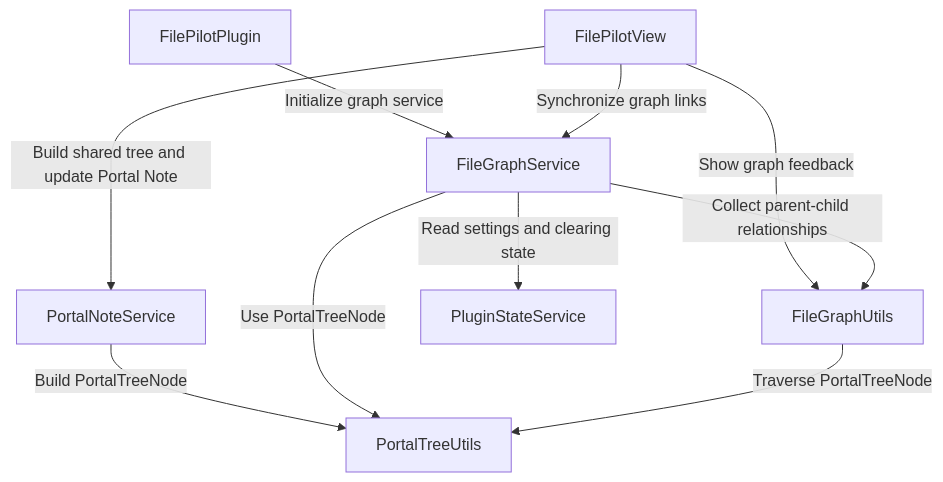
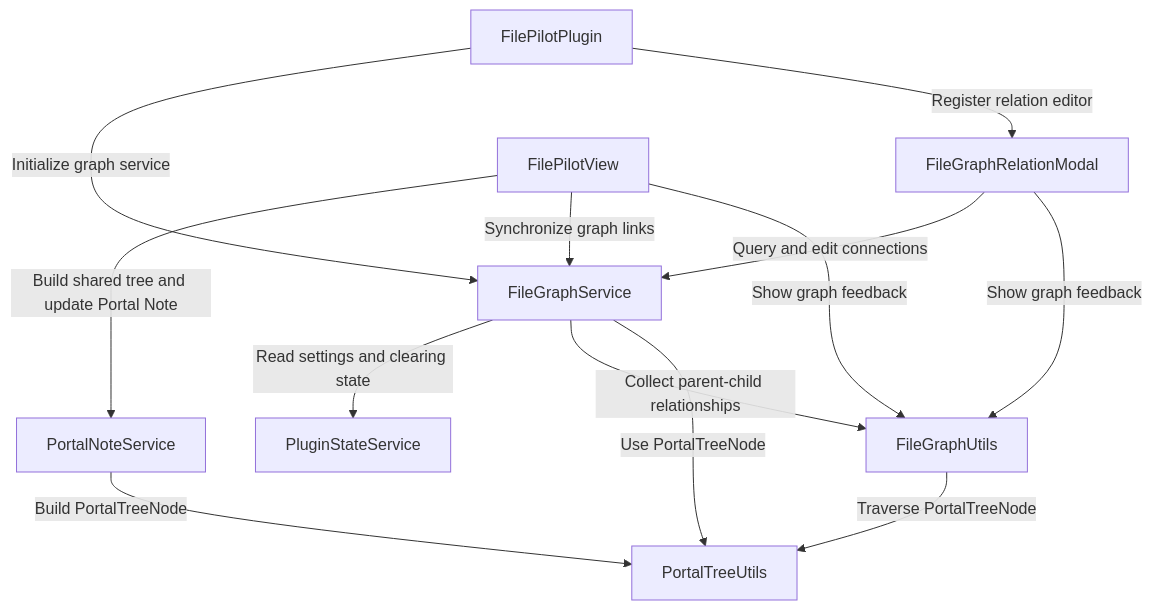
The third of 4 diagrams in docs/architecture.md (bdliangxy/file-pilot), drawn with Mermaid before and after one commit. The commit also changed 10 other files, not shown here.

First line of the commit message:
feat(graph): add graph relation editor with connection management (#12)

````diff
--- a/docs/architecture.md
+++ b/docs/architecture.md
@@ -46,13 +46,18 @@
 ```mermaid
 flowchart TD
     Main["FilePilotPlugin"] -->|"Initialize graph service"| Graph["FileGraphService"]
+    Main -->|"Register relation editor"| Modal["FileGraphRelationModal"]
+
+    Modal -->|"Query and edit connections"| Graph
+    Modal -->|"Show graph feedback"| GraphUtils["FileGraphUtils"]
+
     View["FilePilotView"] -->|"Build shared tree and update Portal Note"| Portal["PortalNoteService"]
     View -->|"Synchronize graph links"| Graph
-    View -->|"Show graph feedback"| GraphUtils["FileGraphUtils"]
+    View -->|"Show graph feedback"| GraphUtils
 
     Portal -->|"Build PortalTreeNode"| PortalTree["PortalTreeUtils"]
     Graph -->|"Read settings and clearing state"| State["PluginStateService"]
     Graph -->|"Collect parent-child relationships"| GraphUtils
     Graph -->|"Use PortalTreeNode"| PortalTree
     GraphUtils -->|"Traverse PortalTreeNode"| PortalTree
 ```
````
